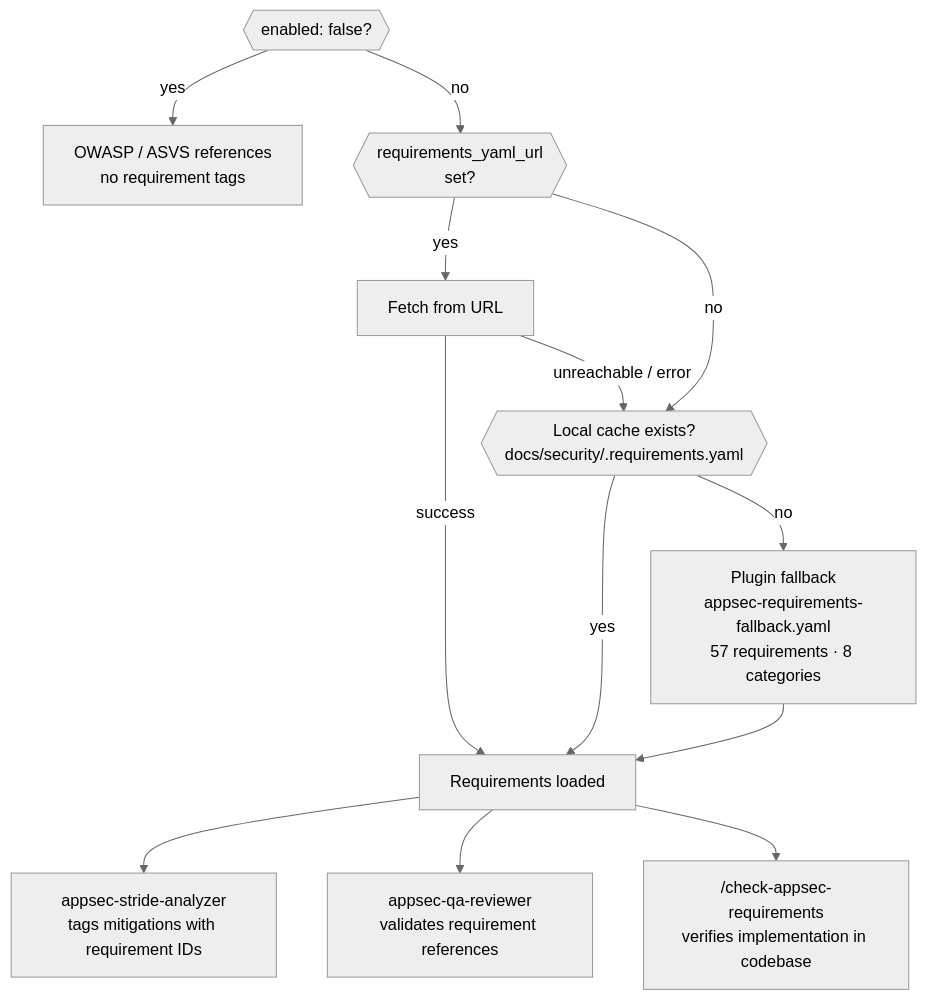
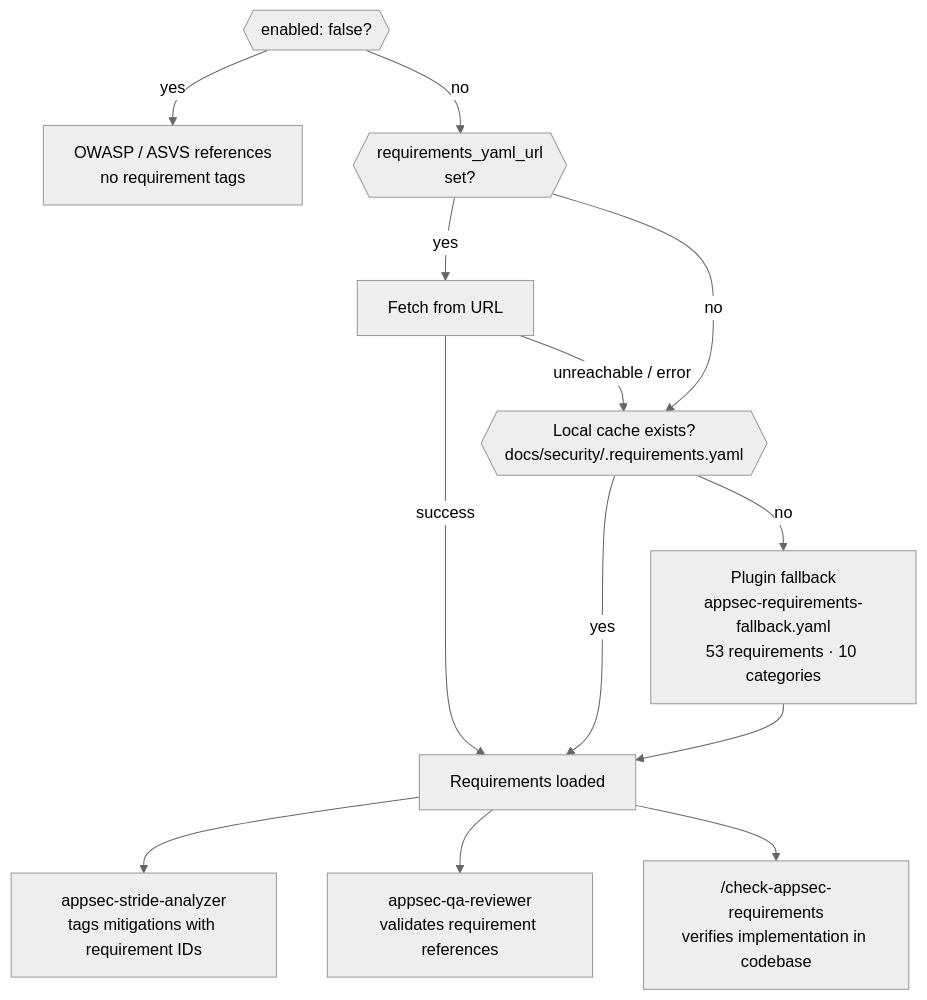
One commit to appsec-foundry/appsec-analyzer changed the second of 2 diagrams in README.md. Above: the diagram before and after it, drawn with Mermaid (neutral theme). The commit also changed other lines of this file and 10 other files, not shown here.

````diff
--- a/README.md
+++ b/README.md
@@ -272,22 +318,22 @@
 ```mermaid
 flowchart TD
     EN{{"enabled: false?"}}
     EN -->|yes| OW["OWASP / ASVS references\nno requirement tags"]
     EN -->|no| URL
 
     URL{{"requirements_yaml_url\nset?"}}
     URL -->|yes| FETCH["Fetch from URL"]
     URL -->|no| CACHE
 
     FETCH -->|success| OK
     FETCH -->|"unreachable / error"| CACHE
 
     CACHE{{"Local cache exists?\ndocs/security/.requirements.yaml"}}
     CACHE -->|yes| OK
-    CACHE -->|no| FB["Plugin fallback\nappsec-requirements-fallback.yaml\n57 requirements · 8 categories"]
+    CACHE -->|no| FB["Plugin fallback\nappsec-requirements-fallback.yaml\n53 requirements · 10 categories"]
     FB --> OK
 
     OK["Requirements loaded"] --> SA["appsec-stride-analyzer\ntags mitigations with requirement IDs"]
     OK --> QA["appsec-qa-reviewer\nvalidates requirement references"]
     OK --> CHK["/check-appsec-requirements\nverifies implementation in codebase"]
 ```
````
